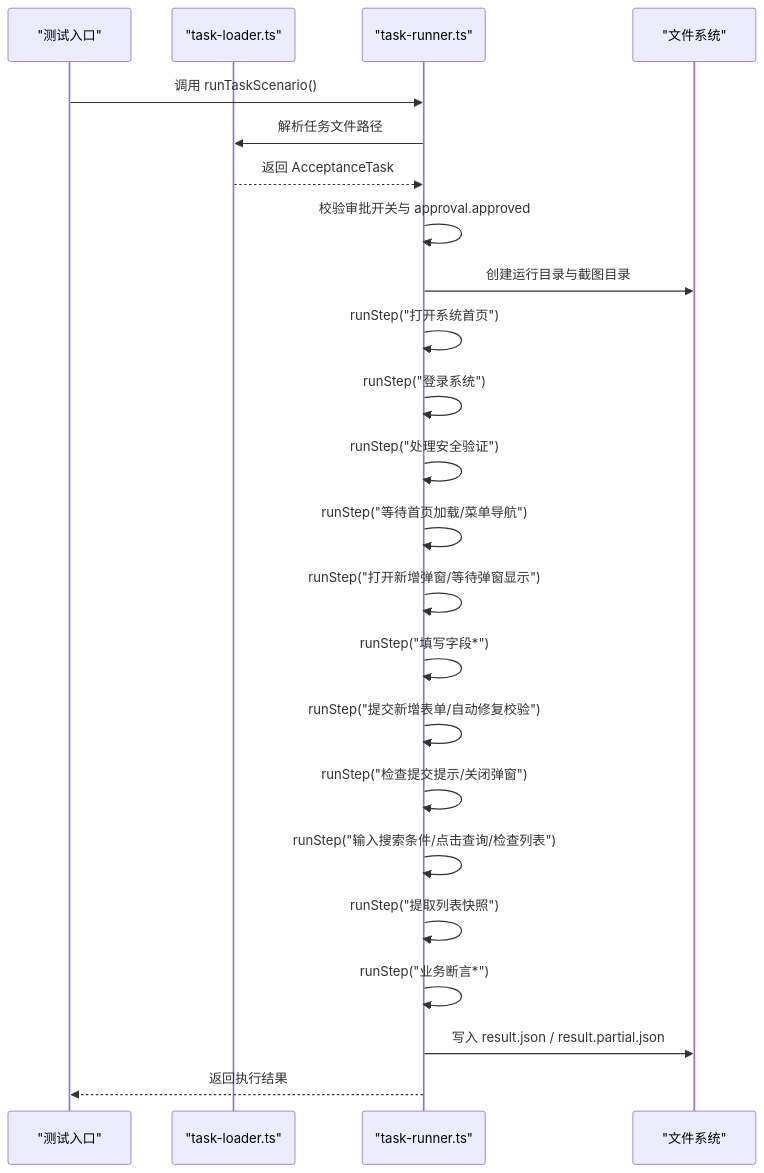
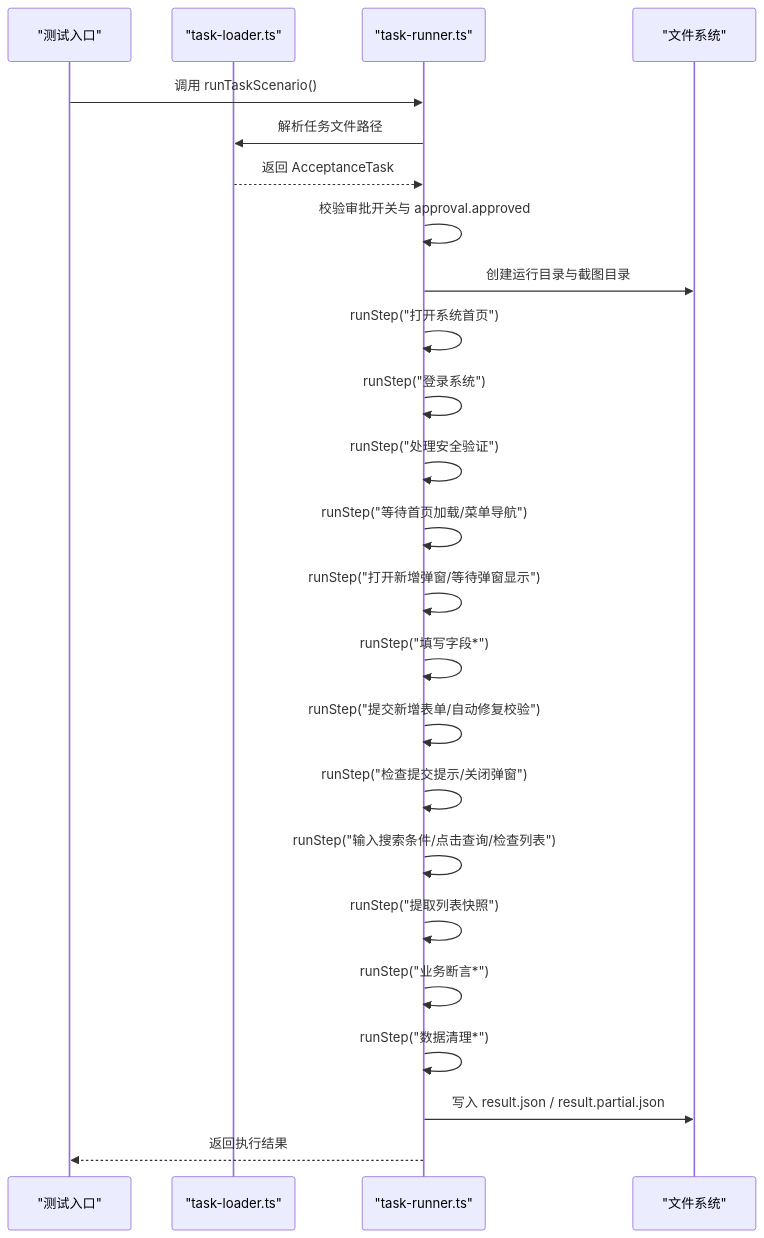
The second of 4 diagrams in .qoder/repowiki/zh/content/任务系统/任务模型定义.md (Jiane-EJ/playwright-mind), drawn with Mermaid before and after one commit. The commit also changed other lines of this file and 5 other files, not shown here.

````diff
--- a/.qoder/repowiki/zh/content/任务系统/任务模型定义.md
+++ b/.qoder/repowiki/zh/content/任务系统/任务模型定义.md
@@ -152,25 +176,26 @@
 ```mermaid
 sequenceDiagram
 participant Test as "测试入口"
 participant Loader as "task-loader.ts"
 participant Runner as "task-runner.ts"
 participant FS as "文件系统"
 Test->>Runner : 调用 runTaskScenario()
 Runner->>Loader : 解析任务文件路径
 Loader-->>Runner : 返回 AcceptanceTask
 Runner->>Runner : 校验审批开关与 approval.approved
 Runner->>FS : 创建运行目录与截图目录
 Runner->>Runner : runStep("打开系统首页")
 Runner->>Runner : runStep("登录系统")
 Runner->>Runner : runStep("处理安全验证")
 Runner->>Runner : runStep("等待首页加载/菜单导航")
 Runner->>Runner : runStep("打开新增弹窗/等待弹窗显示")
 Runner->>Runner : runStep("填写字段*")
 Runner->>Runner : runStep("提交新增表单/自动修复校验")
 Runner->>Runner : runStep("检查提交提示/关闭弹窗")
 Runner->>Runner : runStep("输入搜索条件/点击查询/检查列表")
 Runner->>Runner : runStep("提取列表快照")
 Runner->>Runner : runStep("业务断言*")
+Runner->>Runner : runStep("数据清理*")
 Runner->>FS : 写入 result.json / result.partial.json
 Runner-->>Test : 返回执行结果
 ```
````
